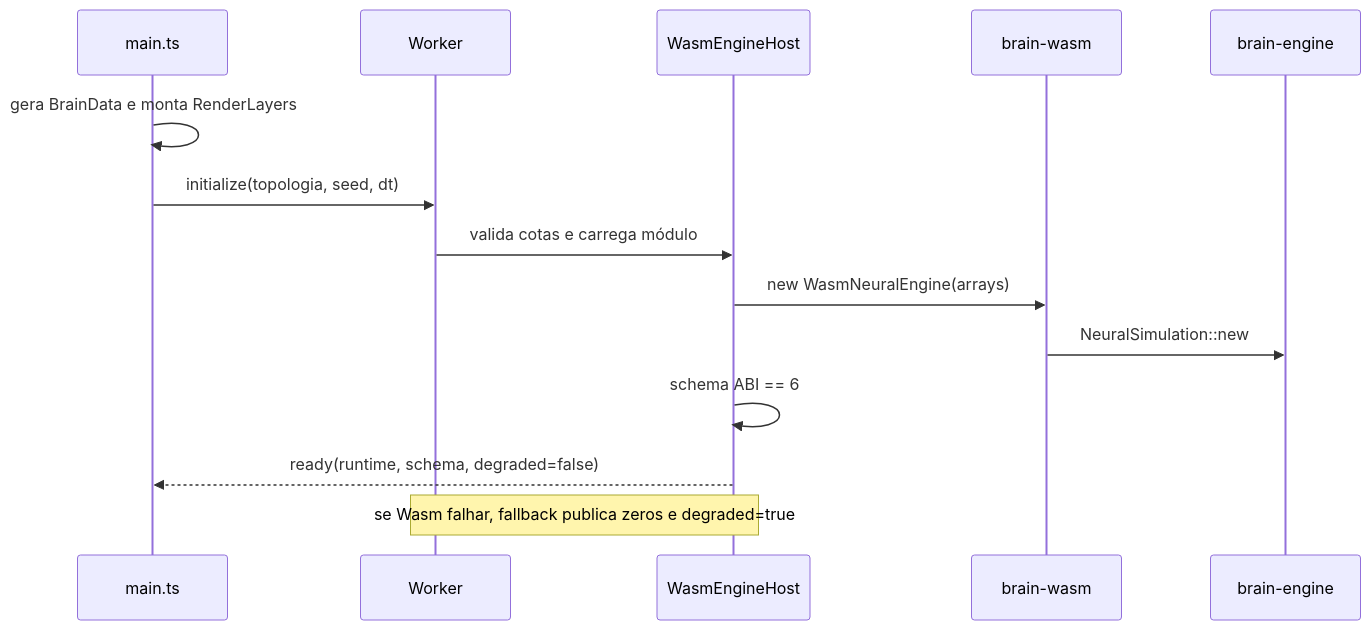
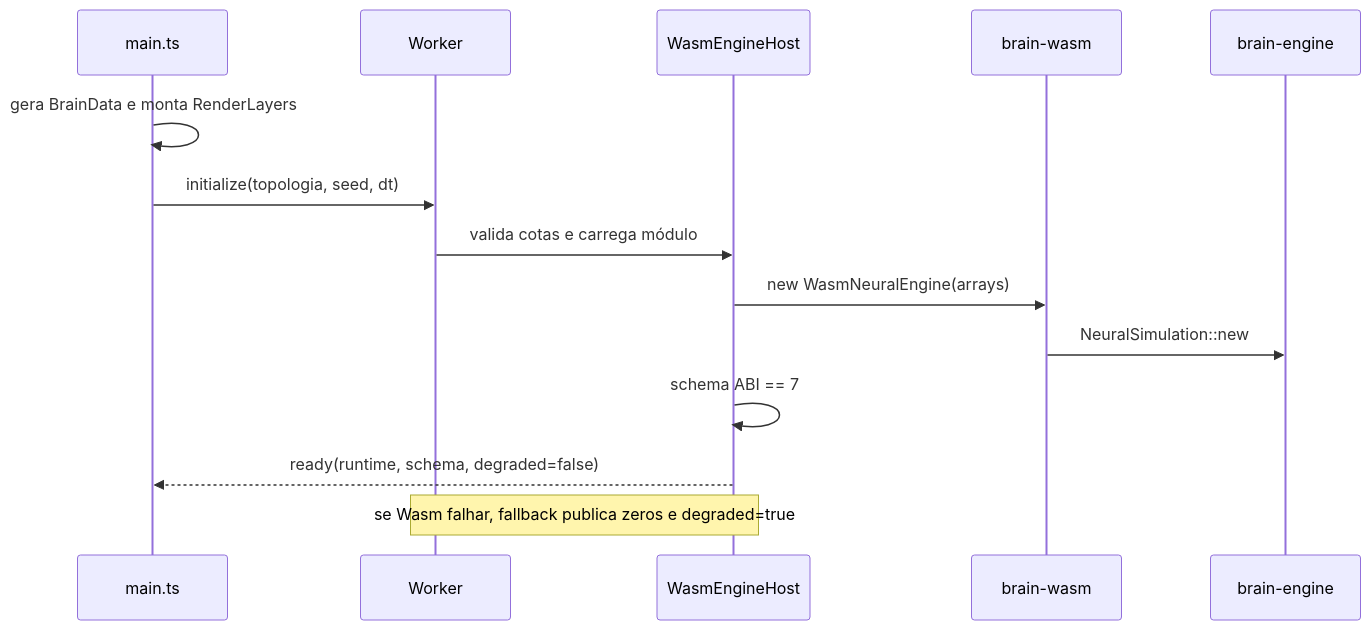
One commit to blightghp/blightghp changed the fourth of 13 diagrams in ARCHITECTURE.md. Above: the diagram before and after it, drawn with Mermaid. The commit also changed other lines of this file and 8 other files, not shown here.

````diff
--- a/ARCHITECTURE.md
+++ b/ARCHITECTURE.md
@@ -184,16 +187,16 @@
 ```mermaid
 sequenceDiagram
     participant DOM as main.ts
     participant W as Worker
     participant H as WasmEngineHost
     participant A as brain-wasm
     participant E as brain-engine
     DOM->>DOM: gera BrainData e monta RenderLayers
     DOM->>W: initialize(topologia, seed, dt)
     W->>H: valida cotas e carrega módulo
     H->>A: new WasmNeuralEngine(arrays)
     A->>E: NeuralSimulation::new
-    H->>H: schema ABI == 6
+    H->>H: schema ABI == 7
     H-->>DOM: ready(runtime, schema, degraded=false)
     Note over W,H: se Wasm falhar, fallback publica zeros e degraded=true
 ```
````
